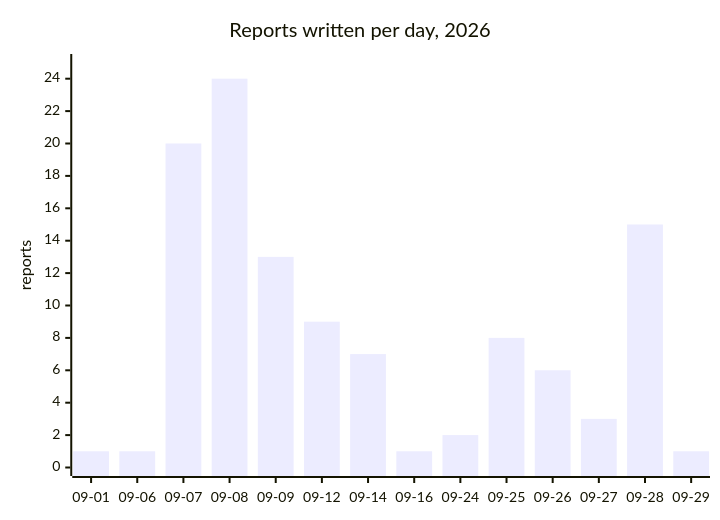
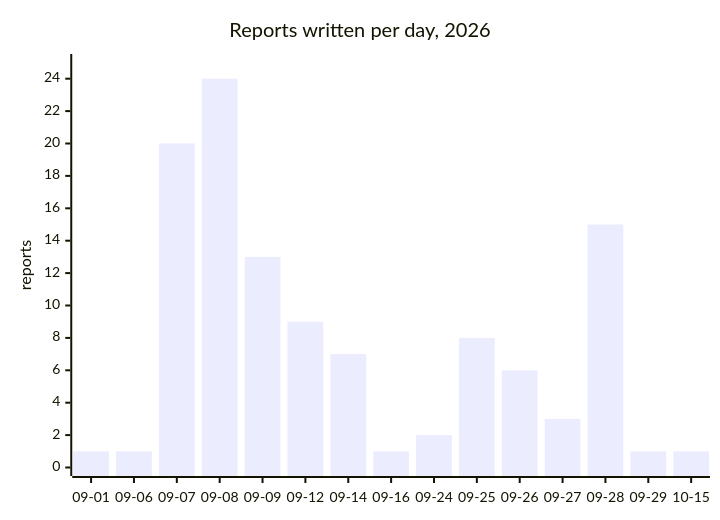
The diagram in docs/reports/README.md (cluster2600/porscheparts), drawn with Mermaid before and after one commit. The commit also changed other lines of this file and 24 other files, not shown here.

````diff
--- a/docs/reports/README.md
+++ b/docs/reports/README.md
@@ -7,7 +7,7 @@
 ```mermaid
 xychart-beta
     title "Reports written per day, 2026"
-    x-axis ["09-01", "09-06", "09-07", "09-08", "09-09", "09-12", "09-14", "09-16", "09-24", "09-25", "09-26", "09-27", "09-28", "09-29"]
+    x-axis ["09-01", "09-06", "09-07", "09-08", "09-09", "09-12", "09-14", "09-16", "09-24", "09-25", "09-26", "09-27", "09-28", "09-29", "10-15"]
     y-axis "reports" 0 --> 25
-    bar [1, 1, 20, 24, 13, 9, 7, 1, 2, 8, 6, 3, 15, 1]
+    bar [1, 1, 20, 24, 13, 9, 7, 1, 2, 8, 6, 3, 15, 1, 1]
 ```
````
